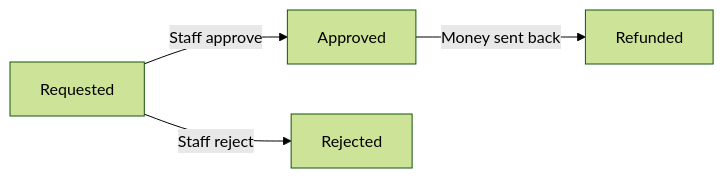
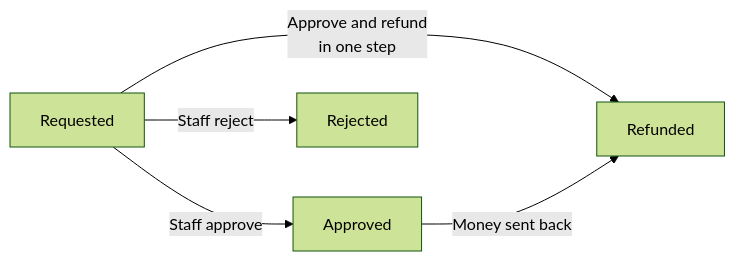
Before and after one commit to sahc1987/Ecommerce: the third of 4 diagrams in README.md, drawn with Mermaid (forest theme). The commit also changed other lines of this file and 21 other files, not shown here.

````diff
--- a/README.md
+++ b/README.md
@@ -143,6 +156,7 @@
 ```mermaid
 flowchart LR
     A[Requested] -->|Staff approve| B[Approved]
     A -->|Staff reject| C[Rejected]
-    B -->|Money sent back| D[Refunded]
+    A -->|Approve and refund<br/>in one step| D[Refunded]
+    B -->|Money sent back| D
 ```
````
